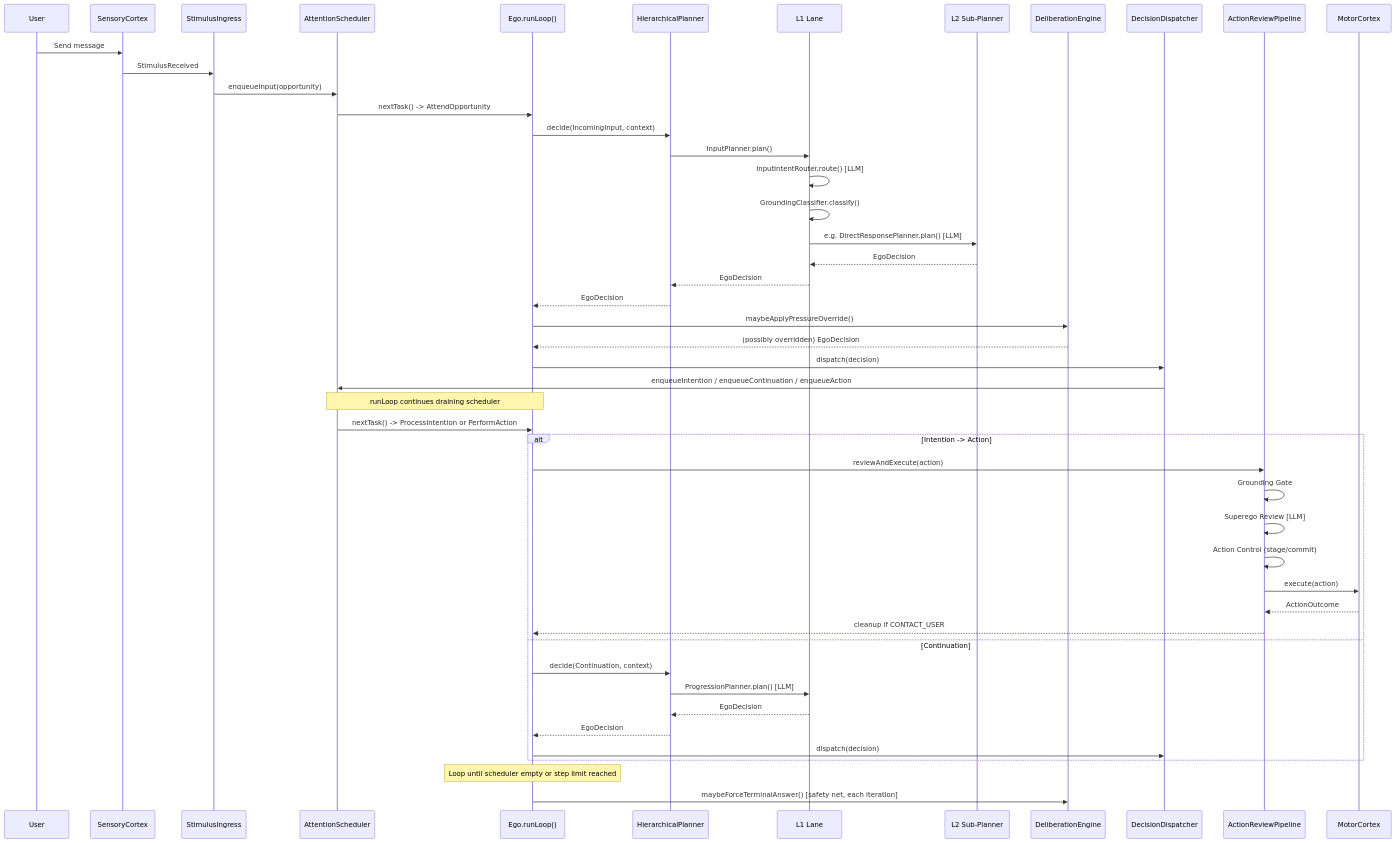
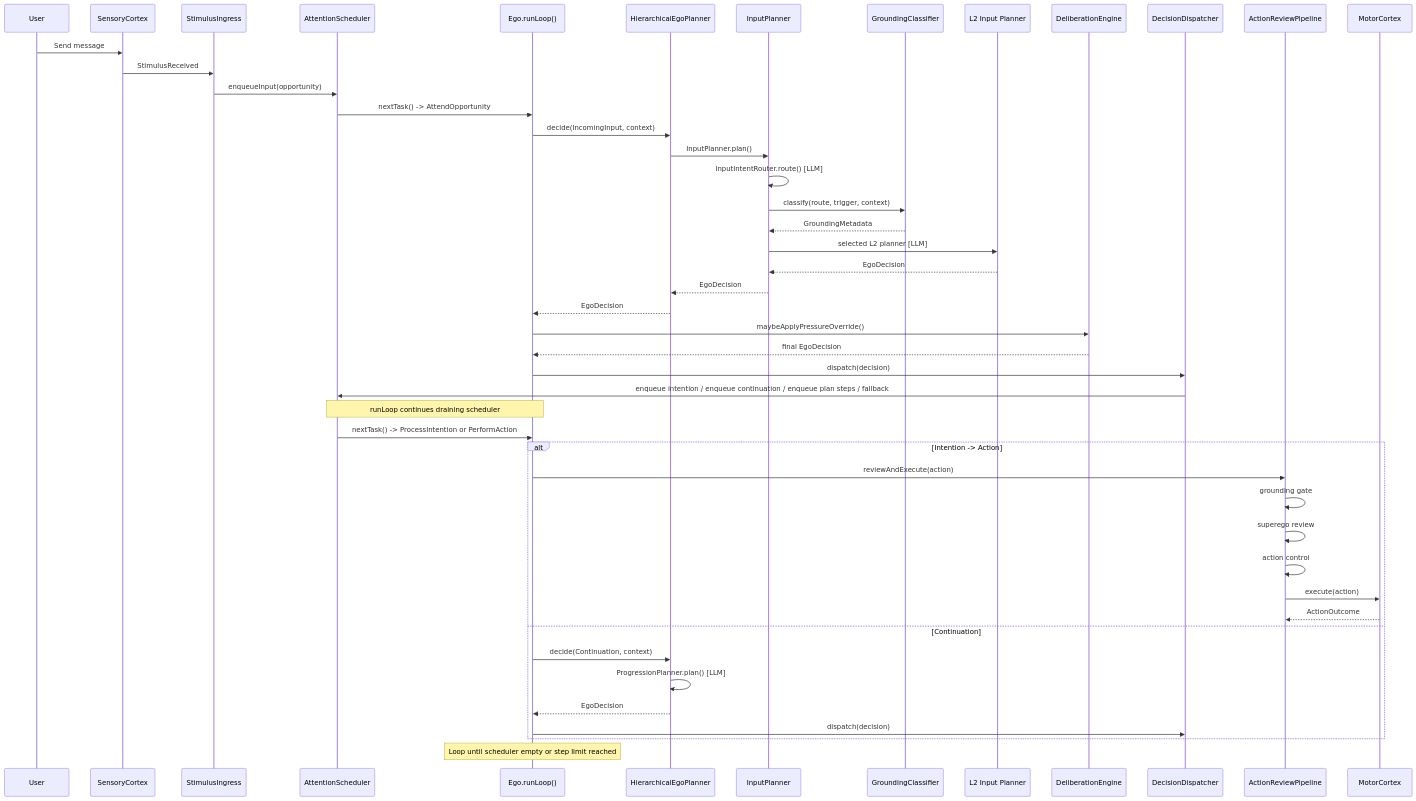
Before and after one commit to neopsyke/NeoPsyke: the fifth of 5 diagrams in docs/PLANNER_FLOW_DIAGRAM.md, drawn with Mermaid. The commit also changed other lines of this file and 231 other files, not shown here.

````diff
--- a/docs/PLANNER_FLOW_DIAGRAM.md
+++ b/docs/PLANNER_FLOW_DIAGRAM.md
@@ -238,58 +248,57 @@
 ```mermaid
 sequenceDiagram
     participant U as User
     participant SC as SensoryCortex
     participant SIC as StimulusIngress
     participant AS as AttentionScheduler
     participant Ego as Ego.runLoop()
-    participant HP as HierarchicalPlanner
-    participant L1 as L1 Lane
-    participant L2 as L2 Sub-Planner
+    participant HP as HierarchicalEgoPlanner
+    participant IP as InputPlanner
+    participant GC as GroundingClassifier
+    participant L2 as L2 Input Planner
     participant DE as DeliberationEngine
     participant DD as DecisionDispatcher
     participant ARP as ActionReviewPipeline
     participant MC as MotorCortex
 
     U->>SC: Send message
     SC->>SIC: StimulusReceived
     SIC->>AS: enqueueInput(opportunity)
     AS->>Ego: nextTask() -> AttendOpportunity
 
     Ego->>HP: decide(IncomingInput, context)
-    HP->>L1: InputPlanner.plan()
-    L1->>L1: InputIntentRouter.route() [LLM]
-    L1->>L1: GroundingClassifier.classify()
-    L1->>L2: e.g. DirectResponsePlanner.plan() [LLM]
-    L2-->>L1: EgoDecision
-    L1-->>HP: EgoDecision
+    HP->>IP: InputPlanner.plan()
+    IP->>IP: InputIntentRouter.route() [LLM]
+    IP->>GC: classify(route, trigger, context)
+    GC-->>IP: GroundingMetadata
+    IP->>L2: selected L2 planner [LLM]
+    L2-->>IP: EgoDecision
+    IP-->>HP: EgoDecision
     HP-->>Ego: EgoDecision
 
     Ego->>DE: maybeApplyPressureOverride()
-    DE-->>Ego: (possibly overridden) EgoDecision
+    DE-->>Ego: final EgoDecision
 
     Ego->>DD: dispatch(decision)
-    DD->>AS: enqueueIntention / enqueueContinuation / enqueueAction
+    DD->>AS: enqueue intention / enqueue continuation / enqueue plan steps / fallback
 
     Note over Ego,AS: runLoop continues draining scheduler
 
     AS->>Ego: nextTask() -> ProcessIntention or PerformAction
 
     alt Intention -> Action
         Ego->>ARP: reviewAndExecute(action)
-        ARP->>ARP: Grounding Gate
-        ARP->>ARP: Superego Review [LLM]
-        ARP->>ARP: Action Control (stage/commit)
+        ARP->>ARP: grounding gate
+        ARP->>ARP: superego review
+        ARP->>ARP: action control
         ARP->>MC: execute(action)
         MC-->>ARP: ActionOutcome
-        ARP-->>Ego: cleanup if CONTACT_USER
     else Continuation
         Ego->>HP: decide(Continuation, context)
-        HP->>L1: ProgressionPlanner.plan() [LLM]
-        L1-->>HP: EgoDecision
+        HP->>HP: ProgressionPlanner.plan() [LLM]
         HP-->>Ego: EgoDecision
         Ego->>DD: dispatch(decision)
     end
 
     Note over Ego: Loop until scheduler empty or step limit reached
-    Ego->>DE: maybeForceTerminalAnswer() [safety net, each iteration]
 ```
````
